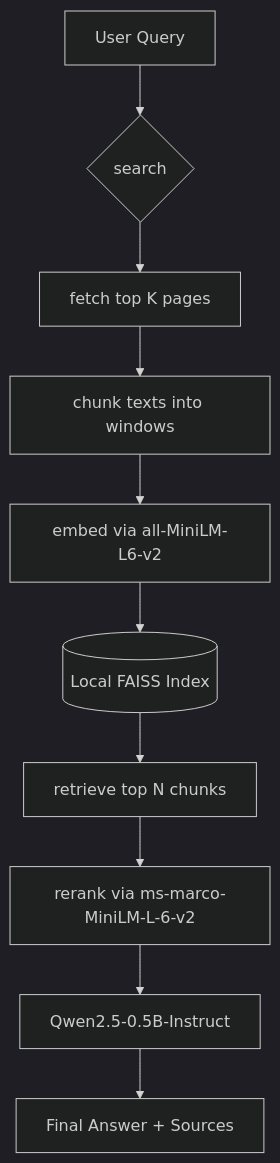
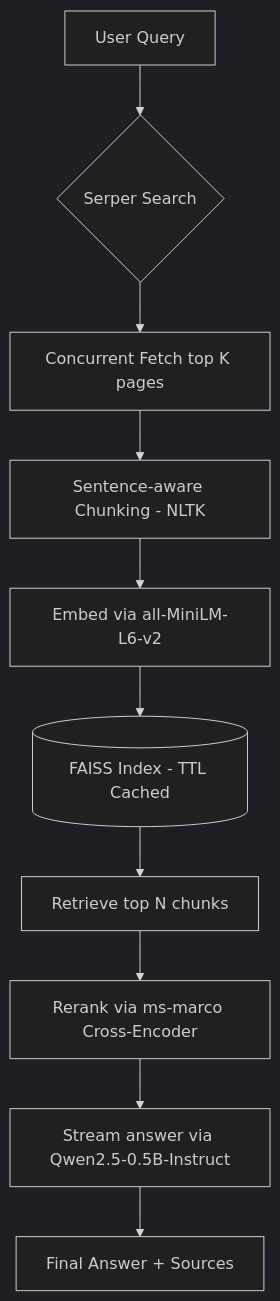
Before and after one commit to ixchio/web-mcp: the diagram in README.md, drawn with Mermaid (dark theme). The commit also changed other lines of this file and 6 other files, not shown here.

Commit message:
v2: streaming gen, sentence chunking, FAISS cache, auth, config layer, MS MARCO benchmarks

````diff
--- a/README.md
+++ b/README.md
@@ -57,12 +17,12 @@
 ```mermaid
 graph TD;
-    A[User Query] --> B{search}
-    B --> C[fetch top K pages]
-    C --> D[chunk texts into windows]
-    D --> E[embed via all-MiniLM-L6-v2]
-    E --> F[(Local FAISS Index)]
-    F --> G[retrieve top N chunks]
-    G --> H[rerank via ms-marco-MiniLM-L-6-v2]
-    H --> I[Qwen2.5-0.5B-Instruct]
-    I --> J[Final Answer + Sources]
+    A[User Query] --> B{Serper Search};
+    B --> C[Concurrent Fetch top K pages];
+    C --> D[Sentence-aware Chunking - NLTK];
+    D --> E[Embed via all-MiniLM-L6-v2];
+    E --> F[(FAISS Index - TTL Cached)];
+    F --> G[Retrieve top N chunks];
+    G --> H[Rerank via ms-marco Cross-Encoder];
+    H --> I[Stream answer via Qwen2.5-0.5B-Instruct];
+    I --> J[Final Answer + Sources];
 ```
````
